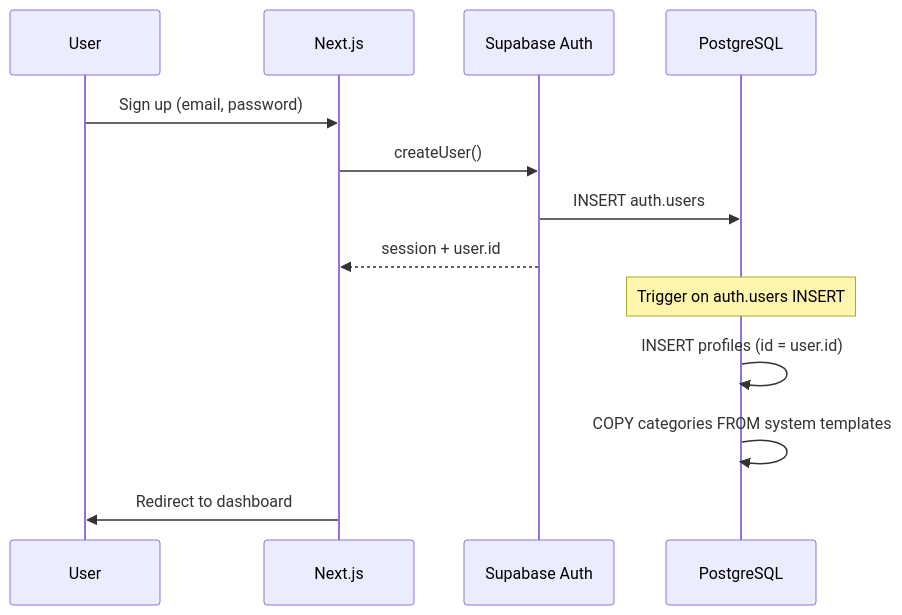
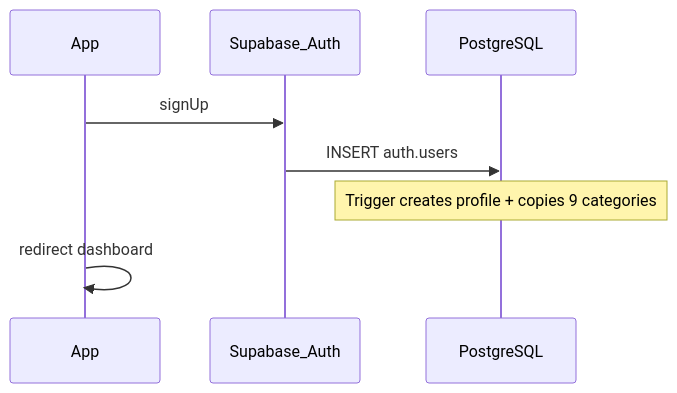
One commit to MushfiqMoon/PoysaPath changed the second of 2 diagrams in docs/planning-db.md. Above: the diagram before and after it, drawn with Mermaid. The commit also changed other lines of this file and 41 other files, not shown here.

````diff
--- a/docs/planning-db.md
+++ b/docs/planning-db.md
@@ -123,18 +44,10 @@
 ```mermaid
 sequenceDiagram
-    participant U as User
-    participant App as Next.js
-    participant Auth as Supabase Auth
+    participant App
+    participant Auth as Supabase_Auth
     participant DB as PostgreSQL
-
-    U->>App: Sign up (email, password)
-    App->>Auth: createUser()
+    App->>Auth: signUp
     Auth->>DB: INSERT auth.users
-    Auth-->>App: session + user.id
-
-    Note over DB: Trigger on auth.users INSERT
-    DB->>DB: INSERT profiles (id = user.id)
-    DB->>DB: COPY categories FROM system templates
-
-    App->>U: Redirect to dashboard
+    Note over DB: Trigger creates profile + copies 9 categories
+    App->>App: redirect dashboard
 ```
````
